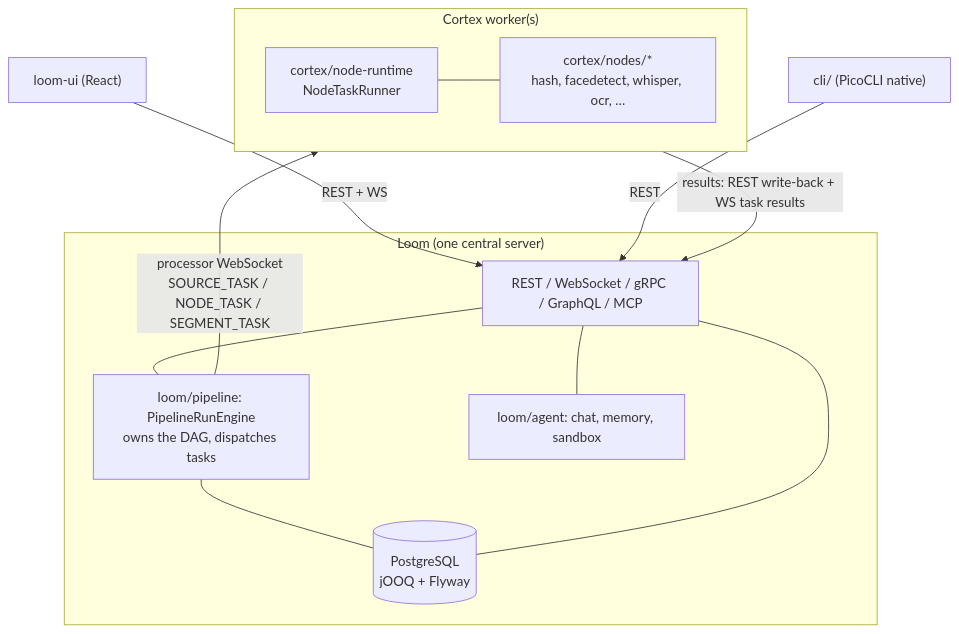
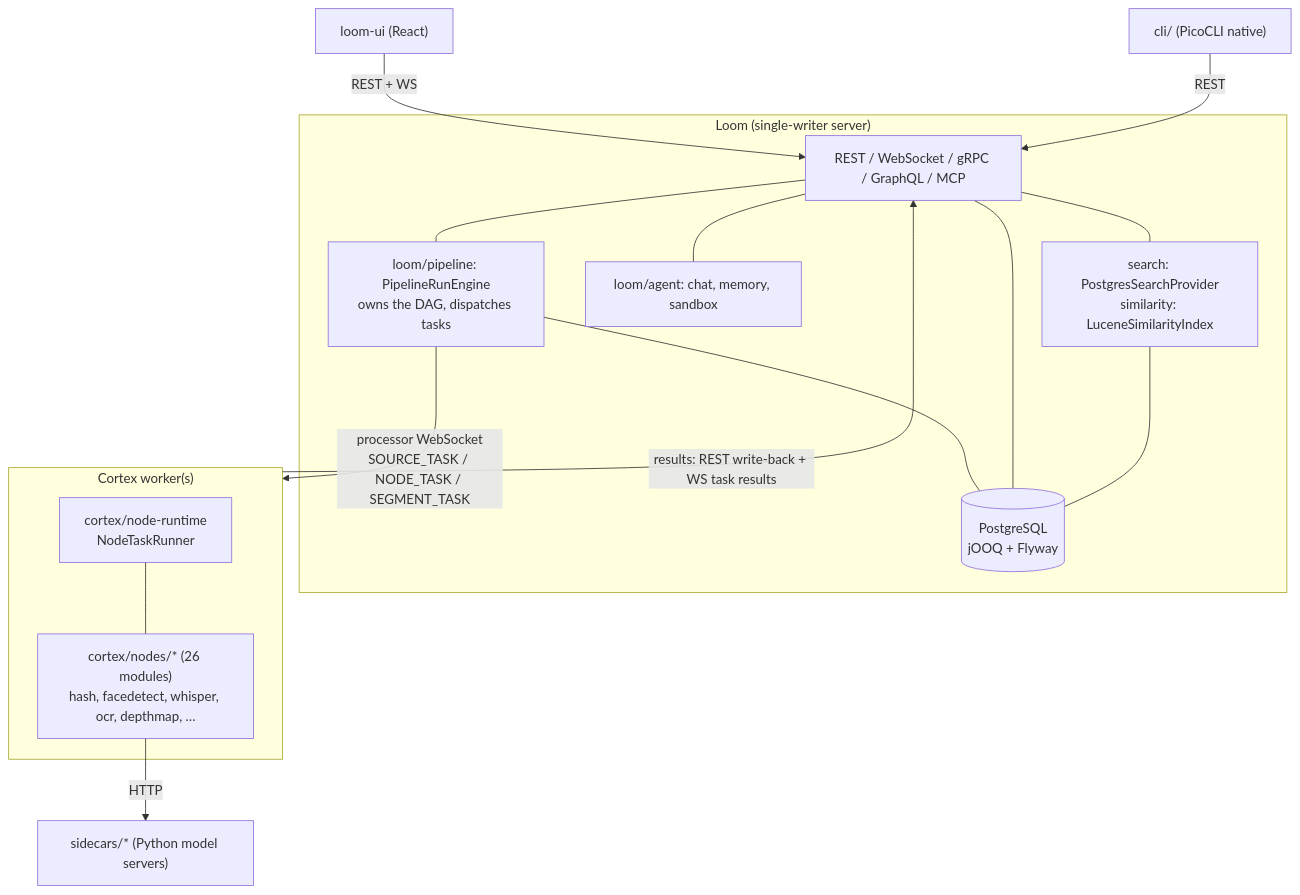
Before and after one commit to metaloom/metaloom: the diagram in spec/CONTEXT.md, drawn with Mermaid. The commit also changed other lines of this file and 87 other files, not shown here.

````diff
--- a/spec/CONTEXT.md
+++ b/spec/CONTEXT.md
@@ -83,22 +77,26 @@
 ```mermaid
 graph TB
     UI["loom-ui (React)"] -->|REST + WS| REST
     CLI["cli/ (PicoCLI native)"] -->|REST| REST
-    subgraph LOOM["Loom (one central server)"]
+    subgraph LOOM["Loom (single-writer server)"]
         REST["REST / WebSocket / gRPC / GraphQL / MCP"]
         ENG["loom/pipeline: PipelineRunEngine<br/>owns the DAG, dispatches tasks"]
         DB[("PostgreSQL<br/>jOOQ + Flyway")]
         AG["loom/agent: chat, memory, sandbox"]
+        SR["search: PostgresSearchProvider<br/>similarity: LuceneSimilarityIndex"]
         REST --- ENG
         REST --- AG
+        REST --- SR
         ENG --- DB
         REST --- DB
+        SR --- DB
     end
     ENG -->|processor WebSocket<br/>SOURCE_TASK / NODE_TASK / SEGMENT_TASK| CX
     subgraph CX["Cortex worker(s)"]
         RT["cortex/node-runtime<br/>NodeTaskRunner"]
-        ND["cortex/nodes/*<br/>hash, facedetect, whisper, ocr, …"]
+        ND["cortex/nodes/* (26 modules)<br/>hash, facedetect, whisper, ocr, depthmap, …"]
         RT --- ND
     end
+    ND -->|HTTP| SC["sidecars/* (Python model servers)"]
     CX -->|results: REST write-back + WS task results| REST
 ```
````
